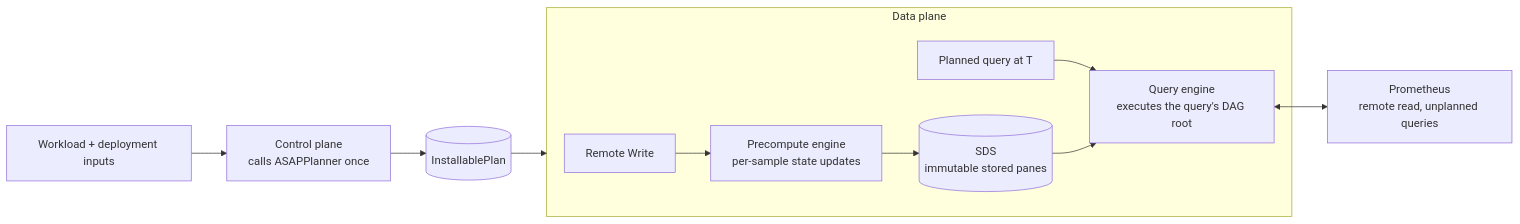
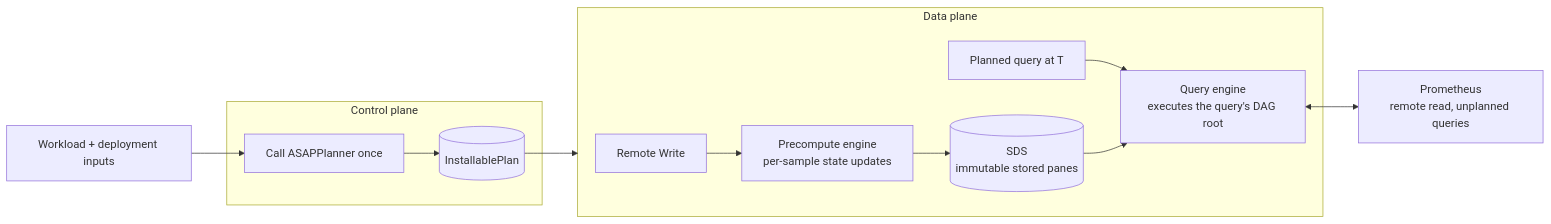
Before and after one commit to ProjectASAP/ASAPQuery-backend: the diagram in docs/design/backend-on-planner-physical-dag.md, drawn with Mermaid.

Commit message:
docs: group control and data planes in flowchart

````diff
--- a/docs/design/backend-on-planner-physical-dag.md
+++ b/docs/design/backend-on-planner-physical-dag.md
@@ -11,13 +11,15 @@
 ```mermaid
 flowchart LR
-  W[Workload + deployment inputs] --> CP[Control plane<br/>calls ASAPPlanner once]
-  CP --> P[(InstallablePlan)]
+  W[Workload + deployment inputs] --> PL
+  subgraph CP[Control plane]
+    PL[Call ASAPPlanner once] --> P[(InstallablePlan)]
+  end
   P --> DP
   subgraph DP[Data plane]
     RW[Remote Write] --> PE[Precompute engine<br/>per-sample state updates]
     PE --> SDS[(SDS<br/>immutable stored panes)]
     Q[Planned query at T] --> QE[Query engine<br/>executes the query's DAG root]
     SDS --> QE
   end
   QE <--> PROM[Prometheus<br/>remote read, unplanned queries]
 ```
````
